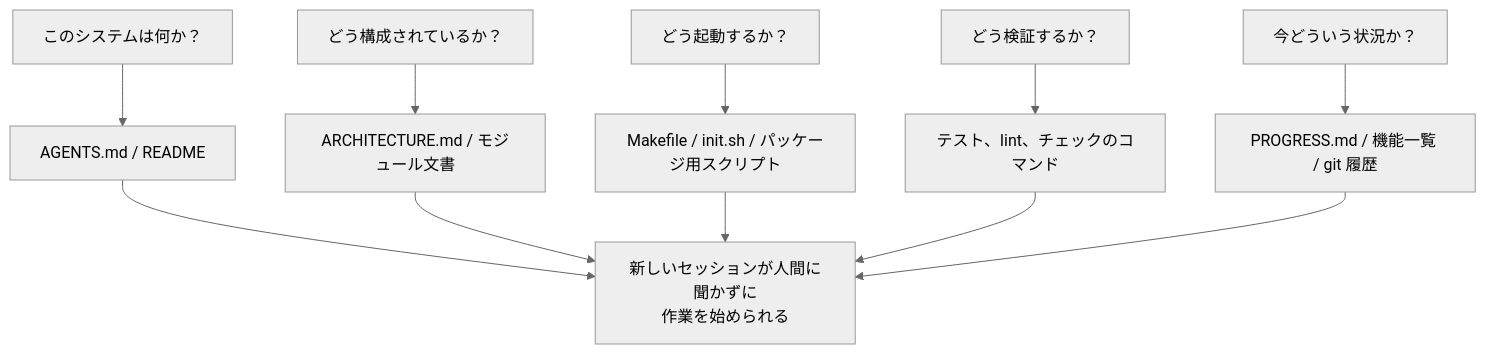
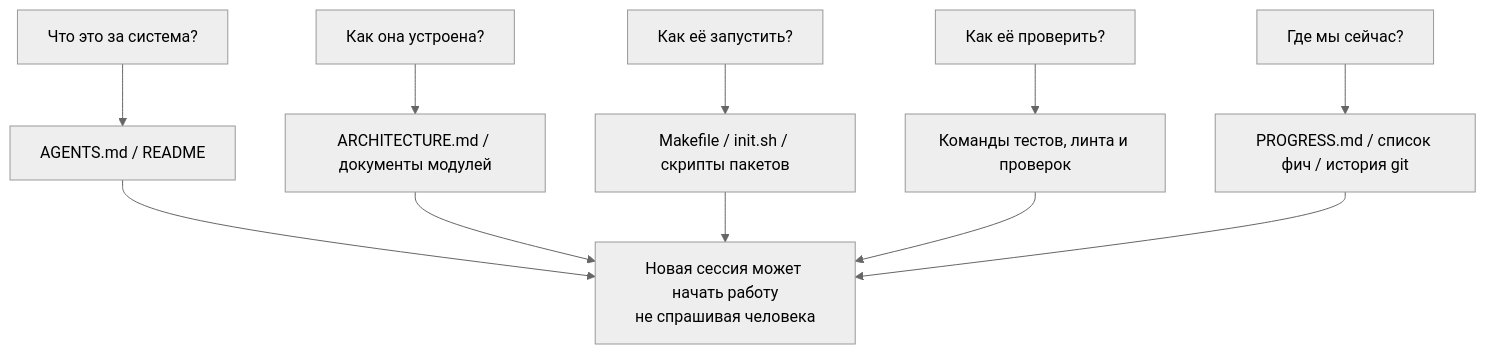
The second of 2 diagrams in docs/ru/lectures/lecture-03-why-the-repository-must-become-the-system-of-record/index.md (mkusaka/learn-harness-engineering), drawn with Mermaid (neutral theme) before and after one commit. The commit also changed other lines of this file and 684 other files, not shown here.

````diff
--- a/docs/ru/lectures/lecture-03-why-the-repository-must-become-the-system-of-record/index.md
+++ b/docs/ru/lectures/lecture-03-why-the-repository-must-become-the-system-of-record/index.md
@@ -39,14 +39,14 @@
 ```mermaid
 flowchart TB
-    Q1["このシステムは何か？"] --> A1["AGENTS.md / README"]
-    Q2["どう構成されているか？"] --> A2["ARCHITECTURE.md / モジュール文書"]
-    Q3["どう起動するか？"] --> A3["Makefile / init.sh / パッケージ用スクリプト"]
-    Q4["どう検証するか？"] --> A4["テスト、lint、チェックのコマンド"]
-    Q5["今どういう状況か？"] --> A5["PROGRESS.md / 機能一覧 / git 履歴"]
+    Q1["Что это за система?"] --> A1["AGENTS.md / README"]
+    Q2["Как она устроена?"] --> A2["ARCHITECTURE.md / документы модулей"]
+    Q3["Как её запустить?"] --> A3["Makefile / init.sh / скрипты пакетов"]
+    Q4["Как её проверить?"] --> A4["Команды тестов, линта и проверок"]
+    Q5["Где мы сейчас?"] --> A5["PROGRESS.md / список фич / история git"]
 
-    A1 --> Ready["新しいセッションが人間に聞かずに<br/>作業を始められる"]
+    A1 --> Ready["Новая сессия может начать работу<br/>не спрашивая человека"]
     A2 --> Ready
     A3 --> Ready
     A4 --> Ready
     A5 --> Ready
 ```
````
